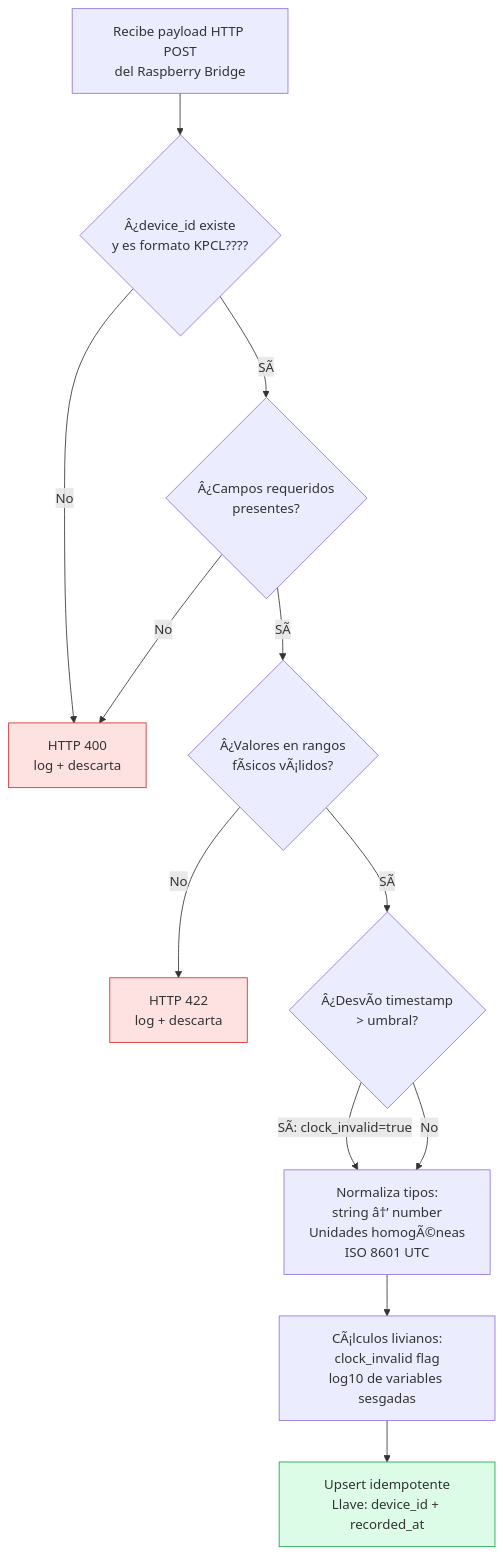
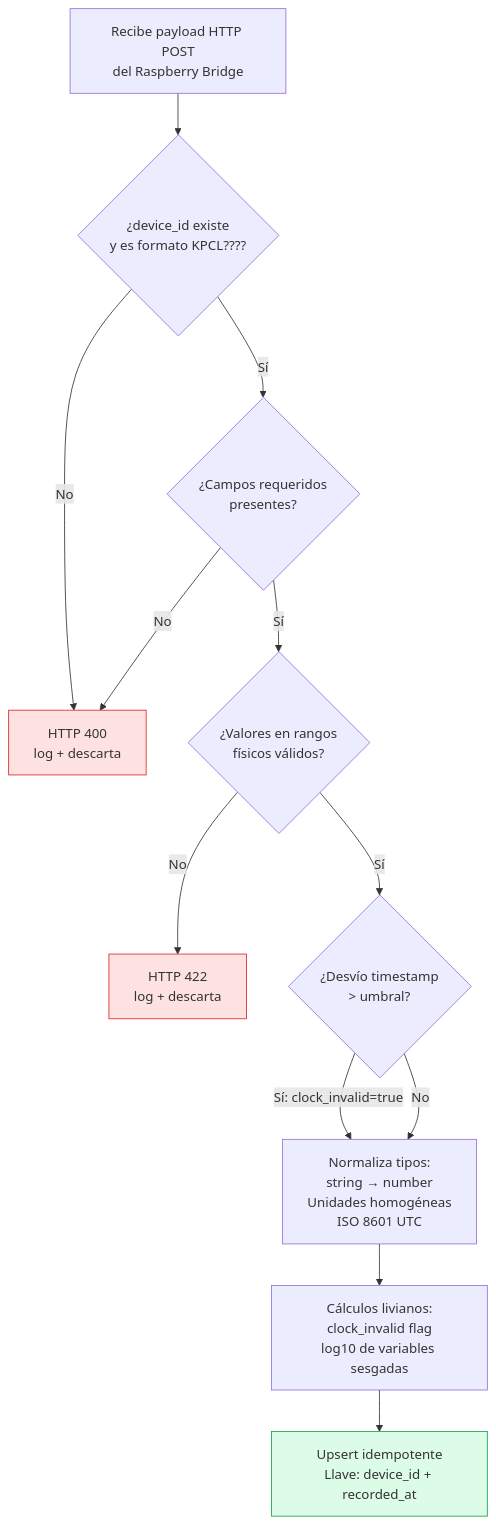
One commit to kittypau-mascotas/kittypau_2026 changed the third of 6 diagrams in Docs/archive/analitica/KittyPau_Arquitectura_Datos_v3.md. Above: the diagram before and after it, drawn with Mermaid. The commit also changed other lines of this file and 344 other files, not shown here.

````diff
--- a/Docs/archive/analitica/KittyPau_Arquitectura_Datos_v3.md
+++ b/Docs/archive/analitica/KittyPau_Arquitectura_Datos_v3.md
@@ -204,29 +204,29 @@
 ```mermaid
 flowchart TD
     RECV[Recibe payload HTTP POST\ndel Raspberry Bridge]
-    V1{Â¿device_id existe\ny es formato KPCL????}
-    V2{Â¿Campos requeridos\npresentes?}
-    V3{Â¿Valores en rangos\nfÃ­sicos vÃ¡lidos?}
-    V4{Â¿DesvÃ­o timestamp\n> umbral?}
-    N1[Normaliza tipos:\nstring â†’ number\nUnidades homogÃ©neas\nISO 8601 UTC]
-    CALC[CÃ¡lculos livianos:\nclock_invalid flag\nlog10 de variables sesgadas]
+    V1{¿device_id existe\ny es formato KPCL????}
+    V2{¿Campos requeridos\npresentes?}
+    V3{¿Valores en rangos\nfísicos válidos?}
+    V4{¿Desvío timestamp\n> umbral?}
+    N1[Normaliza tipos:\nstring → number\nUnidades homogéneas\nISO 8601 UTC]
+    CALC[Cálculos livianos:\nclock_invalid flag\nlog10 de variables sesgadas]
     UPSERT[Upsert idempotente\nLlave: device_id + recorded_at]
     ERR_400[HTTP 400\nlog + descarta]
     ERR_422[HTTP 422\nlog + descarta]
 
     RECV --> V1
     V1 -->|No| ERR_400
-    V1 -->|SÃ­| V2
+    V1 -->|Sí| V2
     V2 -->|No| ERR_400
-    V2 -->|SÃ­| V3
+    V2 -->|Sí| V3
     V3 -->|No| ERR_422
-    V3 -->|SÃ­| V4
-    V4 -->|SÃ­: clock_invalid=true| N1
+    V3 -->|Sí| V4
+    V4 -->|Sí: clock_invalid=true| N1
     V4 -->|No| N1
     N1 --> CALC
     CALC --> UPSERT
 
     style ERR_400 fill:#fee2e2,stroke:#dc2626
     style ERR_422 fill:#fee2e2,stroke:#dc2626
     style UPSERT fill:#dcfce7,stroke:#16a34a
 ```
````
